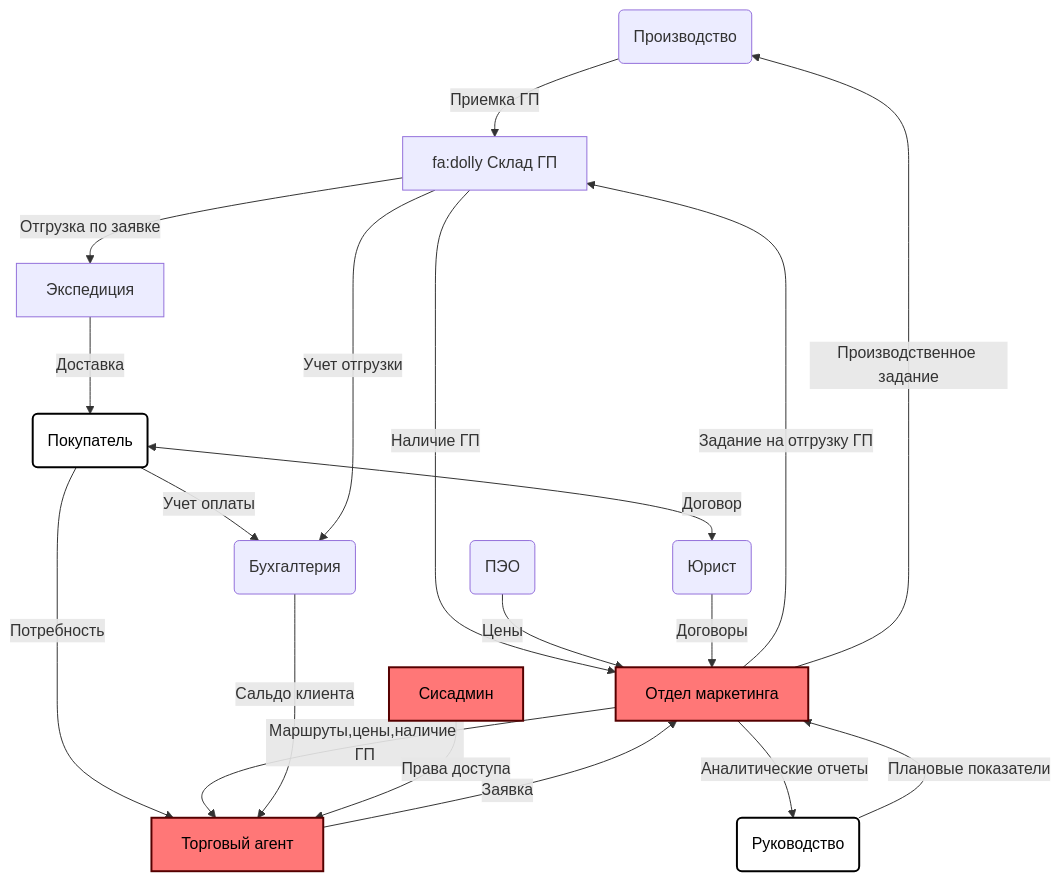
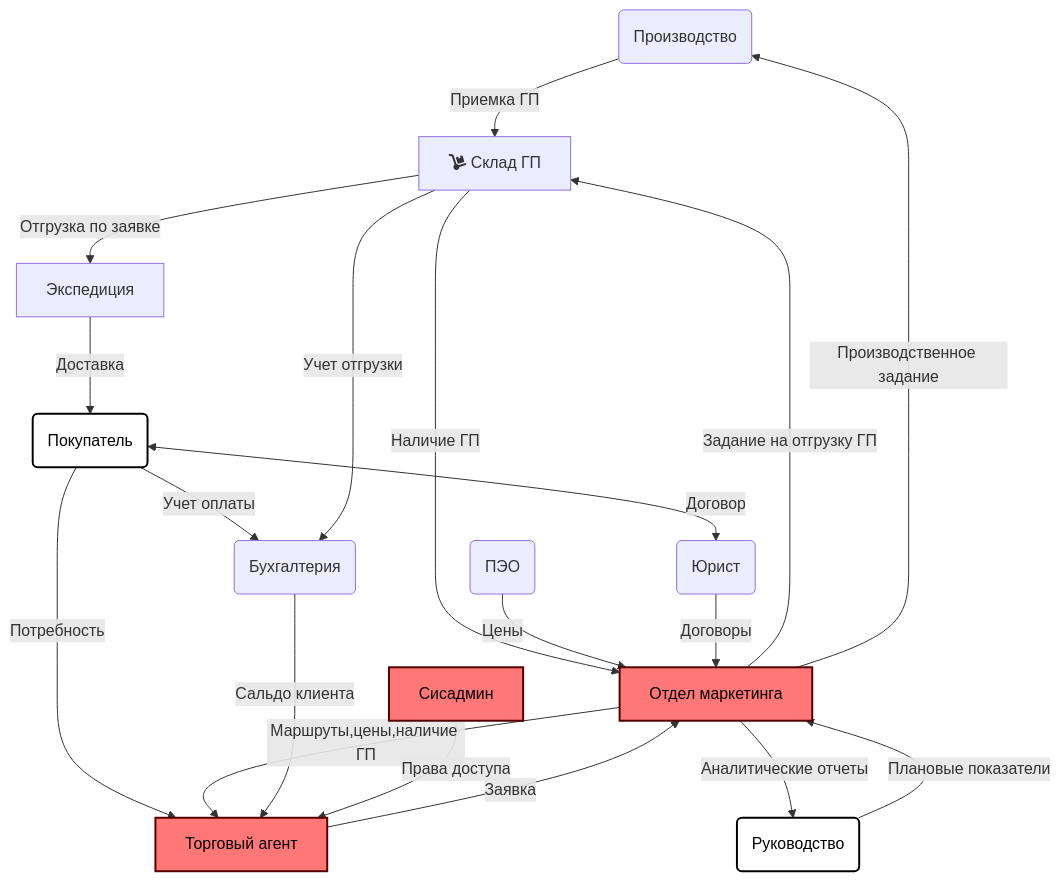
One commit to stasgm/gdmn-mob changed the diagram in apps/app-trade-agents/README.MD. Above: the diagram before and after it, drawn with Mermaid.

````diff
--- a/apps/app-trade-agents/README.MD
+++ b/apps/app-trade-agents/README.MD
@@ -12,27 +12,27 @@
 ```mermaid
 
 flowchart TD;
-    A(Производство)--Приемка ГП-->B[fa:dolly Склад ГП];
+    A(Производство)--Приемка ГП-->B[fa:fa-dolly Склад ГП];
     B--Наличие ГП-->M;
     B--Отгрузка по заявке-->D[Экспедиция];
     D--Доставка-->E(Покупатель);
     E--Потребность-->T[Торговый агент];
     E--Учет оплаты-->Acc(Бухгалтерия);
     M[Отдел маркетинга]--Маршруты,цены,наличие ГП-->T;
     M--Задание на отгрузку ГП-->B;
     Acc--Сальдо клиента-->T;
     T--Заявка-->M;
     P(ПЭО)--Цены-->M;
     M--Производственное задание-->A;
     B--Учет отгрузки-->Acc;
     M--Аналитические отчеты-->Mngmt(Руководство);
     Mngmt(Руководство)--Плановые показатели-->M;
     U(Юрист)--Договоры-->M;
     E<--Договор-->U;
     S[Сисадмин]--Права доступа-->T;
 
     classDef core fill:#ff7777,color:#000,stroke:#550000,stroke-width:2px;
     classDef outlier fill:#ffffff,color:#000,stroke:#000000,stroke-width:2px,stroke-daskarray: 5, 5;
     class T,S,M core;
     class E,Mngmt outlier;
 ```
````
